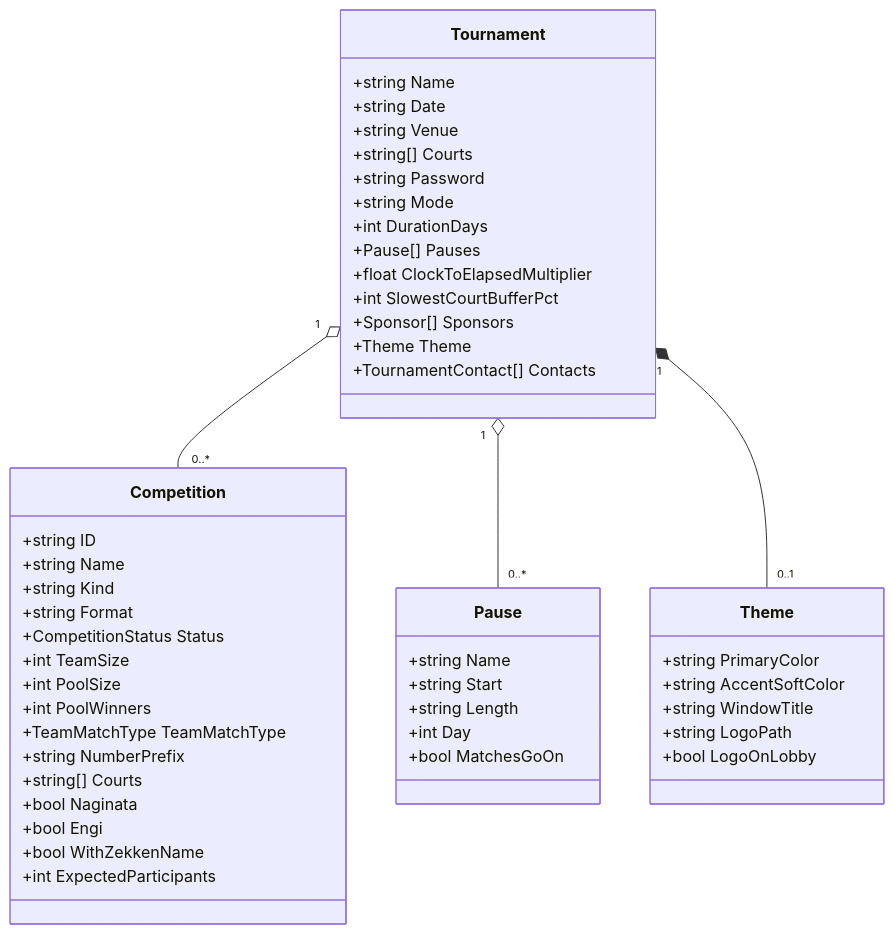
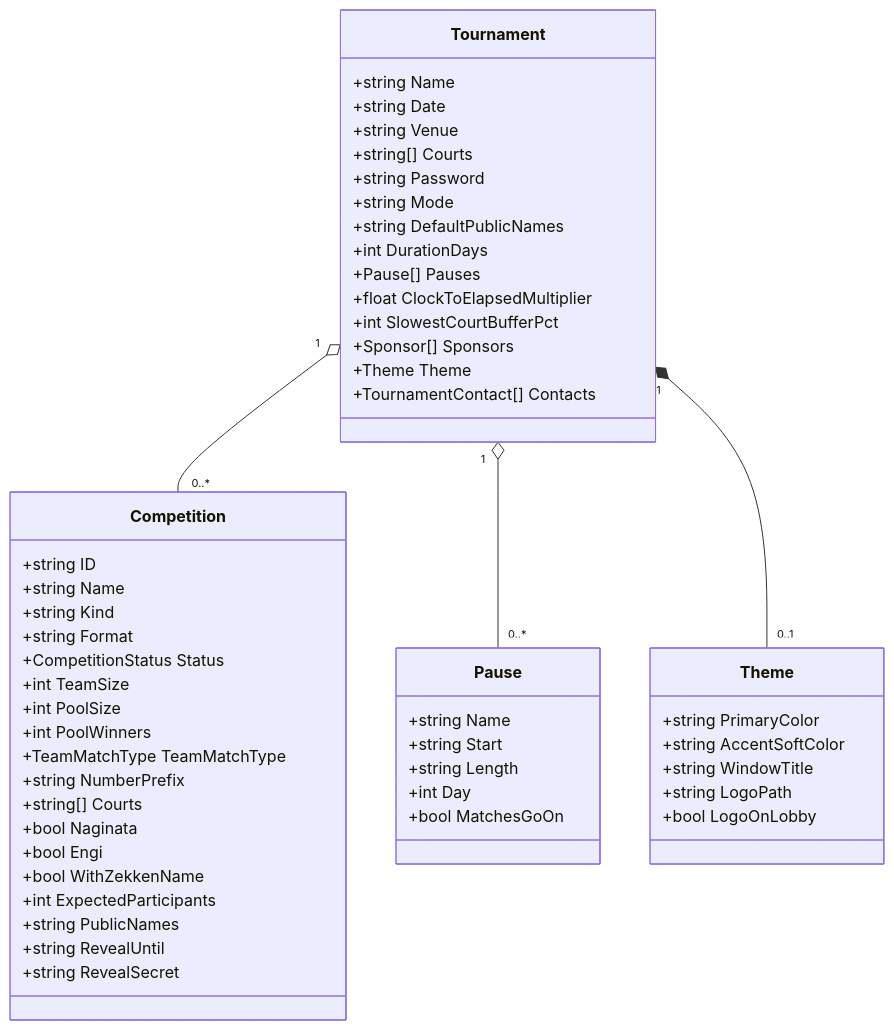
Before and after one commit to gitrgoliveira/bracket-creator: the first of 8 diagrams in docs/architecture/data-model.md, drawn with Mermaid. The commit also changed other lines of this file and 15 other files, not shown here.

First line of the commit message:
feat: hide public names setting and its storage (P1.1, P1.2, P1.3, P1.5)

````diff
--- a/docs/architecture/data-model.md
+++ b/docs/architecture/data-model.md
@@ -43,58 +43,62 @@
 ```mermaid
 classDiagram
     direction TB
 
     class Tournament {
         +string Name
         +string Date
         +string Venue
         +string[] Courts
         +string Password
         +string Mode
+        +string DefaultPublicNames
         +int DurationDays
         +Pause[] Pauses
         +float ClockToElapsedMultiplier
         +int SlowestCourtBufferPct
         +Sponsor[] Sponsors
         +Theme Theme
         +TournamentContact[] Contacts
     }
 
     class Pause {
         +string Name
         +string Start
         +string Length
         +int Day
         +bool MatchesGoOn
     }
 
     class Theme {
         +string PrimaryColor
         +string AccentSoftColor
         +string WindowTitle
         +string LogoPath
         +bool LogoOnLobby
     }
 
     class Competition {
         +string ID
         +string Name
         +string Kind
         +string Format
         +CompetitionStatus Status
         +int TeamSize
         +int PoolSize
         +int PoolWinners
         +TeamMatchType TeamMatchType
         +string NumberPrefix
         +string[] Courts
         +bool Naginata
         +bool Engi
         +bool WithZekkenName
         +int ExpectedParticipants
+        +string PublicNames
+        +string RevealUntil
+        +string RevealSecret
     }
 
     Tournament "1" o-- "0..*" Competition
     Tournament "1" o-- "0..*" Pause
     Tournament "1" *-- "0..1" Theme
 ```
````
